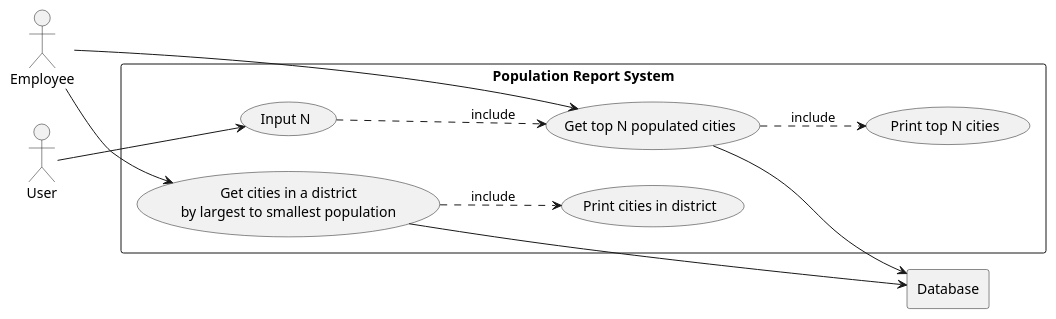
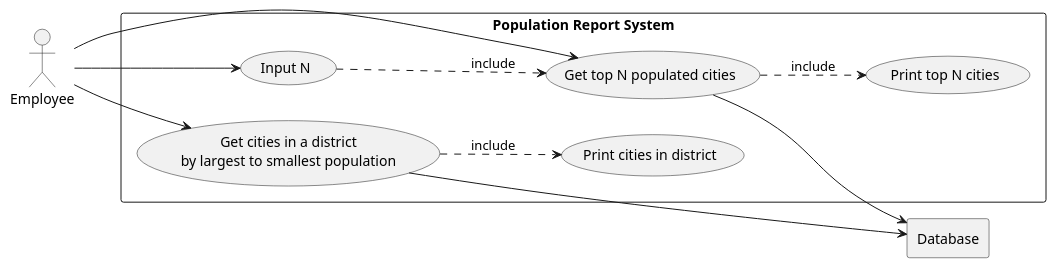
One commit to KelvinPompey-40718390/sem-project-group6 changed the diagram in use-cases/Population Report System.puml. Above: the diagram before and after it, drawn with PlantUML.

Commit message:
Removed unnecessary actor from diagram

```diff
--- a/use-cases/Population Report System.puml
+++ b/use-cases/Population Report System.puml
@@ -1,33 +1,32 @@
 @startuml
 left to right direction
 actor E as "Employee"
-actor U as "User"
 
 rectangle "Population Report System" {
     usecase UC11 as "Get cities in a district
     by largest to smallest population"
 
     usecase UC11a as "Print cities in district"
 
     usecase UC12 as "Get top N populated cities"
 
     usecase UC12b as "Input N"
     usecase UC12a as "Print top N cities"
 }
 rectangle Database
 
 E --> UC11
 UC11 ..> UC11a : include
 UC11 --> Database
 
-U --> UC12b
+E --> UC12b
 UC12b ..> UC12 : include
 E --> UC12
 UC12 ..> UC12a : include
 UC12 --> Database
 
 
 
 
 
 @enduml
```
